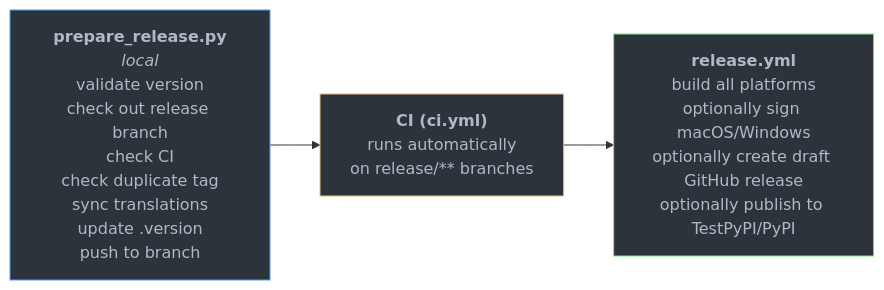
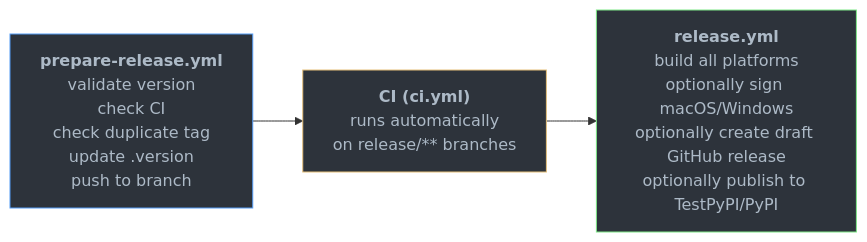
One commit to ankitects/anki changed the first of 2 diagrams in docs/releasing.md. Above: the diagram before and after it, drawn with Mermaid. The commit also changed other lines of this file and 230 other files, not shown here.

````diff
--- a/docs/releasing.md
+++ b/docs/releasing.md
@@ -142,9 +111,9 @@
 ```{mermaid}
 flowchart LR
-    A["<b>prepare_release.py</b><br/><i>local</i><br/>validate version<br/>check out release branch<br/>check CI<br/>check duplicate tag<br/>sync translations<br/>update .version<br/>push to branch"] --> B["<b>CI (ci.yml)</b><br/>runs automatically<br/>on release/** branches"]
+    A["<b>prepare-release.yml</b><br/>validate version<br/>check CI<br/>check duplicate tag<br/>update .version<br/>push to branch"] --> B["<b>CI (ci.yml)</b><br/>runs automatically<br/>on release/** branches"]
     B --> C["<b>release.yml</b><br/>build all platforms<br/>optionally sign macOS/Windows<br/>optionally create draft GitHub release<br/>optionally publish to TestPyPI/PyPI"]
 
     style A fill:#2d333b,stroke:#539bf5,color:#adbac7
     style B fill:#2d333b,stroke:#e5c07b,color:#adbac7
     style C fill:#2d333b,stroke:#7ee787,color:#adbac7
 ```
````
